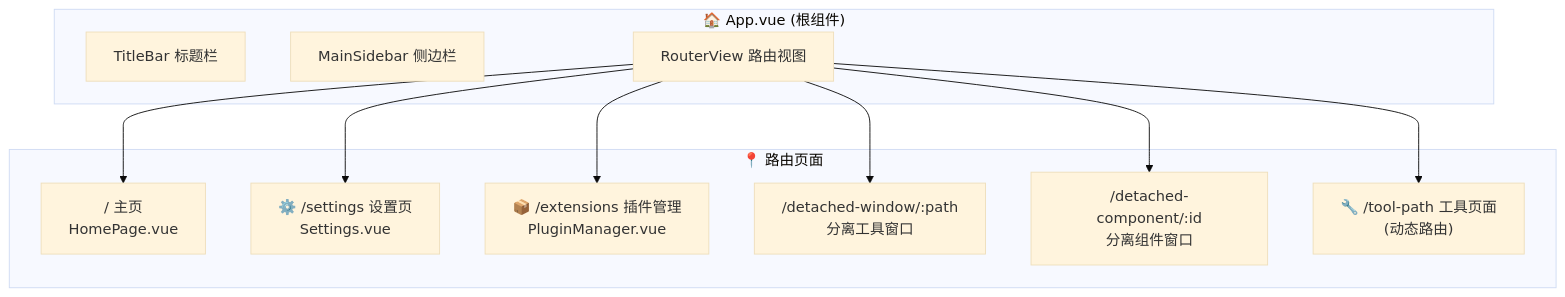
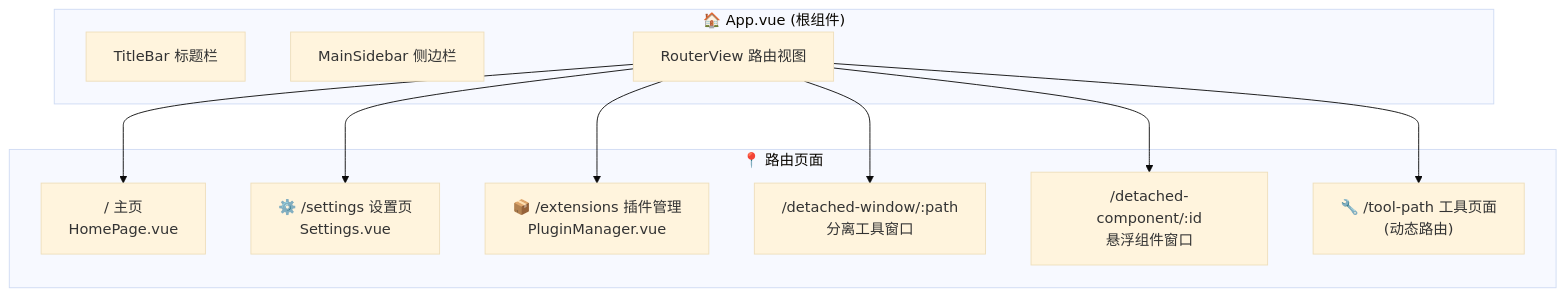
One commit to miaotouy/aio-hub changed the first of 6 diagrams in docs/architecture/ui-structure-diagram.md. Above: the diagram before and after it, drawn with Mermaid (base theme). The commit also changed other lines of this file and 15 other files, not shown here.

````diff
--- a/docs/architecture/ui-structure-diagram.md
+++ b/docs/architecture/ui-structure-diagram.md
@@ -7,24 +7,24 @@
 ```mermaid
 flowchart TB
     subgraph App["🏠 App.vue (根组件)"]
         TitleBar["TitleBar 标题栏"]
         MainSidebar["MainSidebar 侧边栏"]
         RouterView["RouterView 路由视图"]
     end
 
     subgraph Routes["📍 路由页面"]
         Home["/ 主页<br/>HomePage.vue"]
         Settings["⚙️ /settings 设置页<br/>Settings.vue"]
         Extensions["📦 /extensions 插件管理<br/>PluginManager.vue"]
         DetachedWindow["/detached-window/:path<br/>分离工具窗口"]
-        DetachedComponent["/detached-component/:id<br/>分离组件窗口"]
+        DetachedComponent["/detached-component/:id<br/>悬浮组件窗口"]
         Tools["🔧 /tool-path 工具页面<br/>(动态路由)"]
     end
 
     RouterView --> Home
     RouterView --> Settings
     RouterView --> Extensions
     RouterView --> DetachedWindow
     RouterView --> DetachedComponent
     RouterView --> Tools
 ```
````
